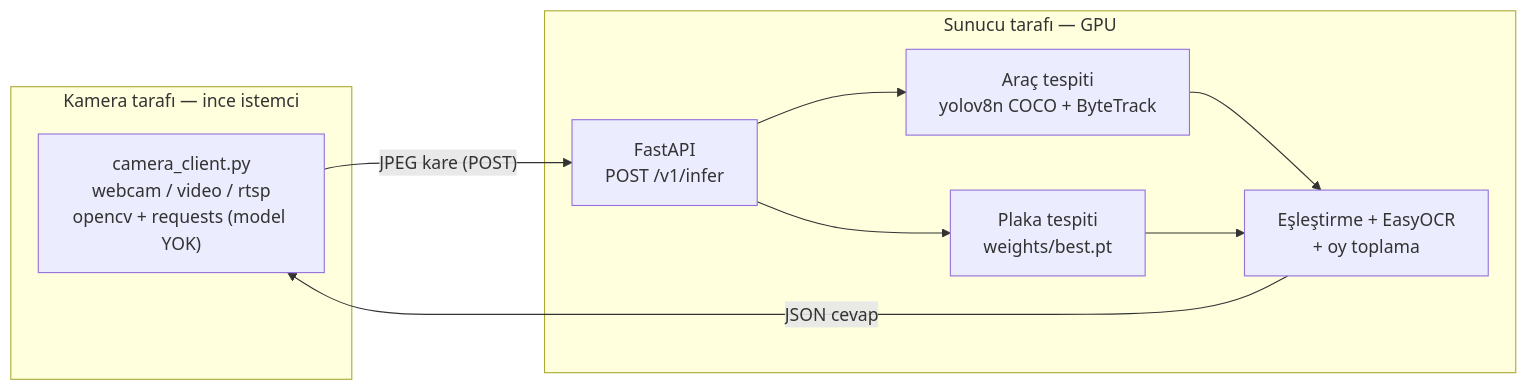
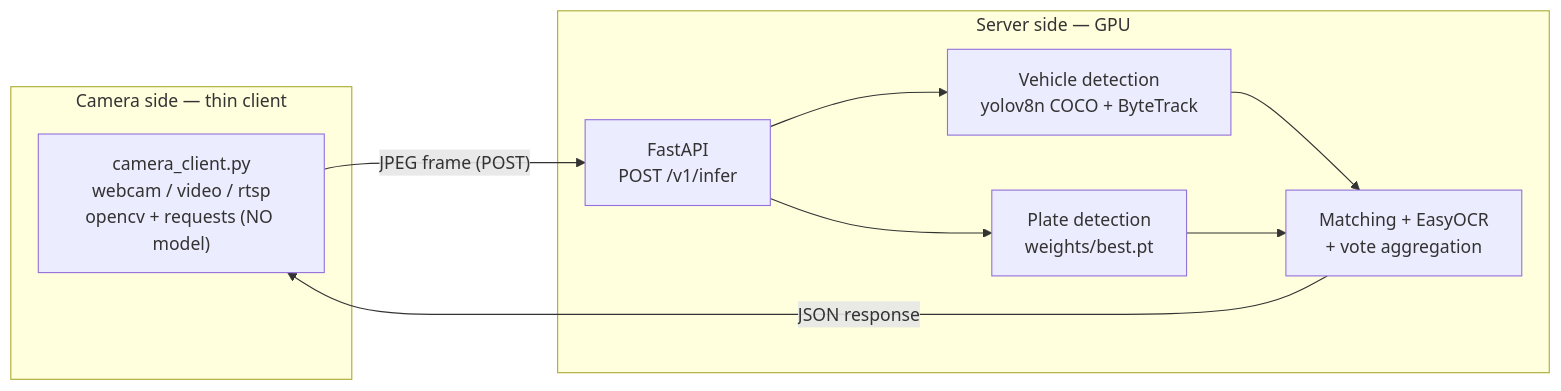
One commit to SMutaf/turkish-plate-reader changed the diagram in README.md. Above: the diagram before and after it, drawn with Mermaid. The commit also changed other lines of this file, not shown here.

````diff
--- a/README.md
+++ b/README.md
@@ -20,18 +20,18 @@
 ```mermaid
 flowchart LR
-    subgraph cam["Kamera tarafı — ince istemci"]
-        C["camera_client.py<br/>webcam / video / rtsp<br/>opencv + requests (model YOK)"]
+    subgraph cam["Camera side — thin client"]
+        C["camera_client.py<br/>webcam / video / rtsp<br/>opencv + requests (NO model)"]
     end
-    subgraph srv["Sunucu tarafı — GPU"]
+    subgraph srv["Server side — GPU"]
         A["FastAPI<br/>POST /v1/infer"]
-        V["Araç tespiti<br/>yolov8n COCO + ByteTrack"]
-        P["Plaka tespiti<br/>weights/best.pt"]
-        O["Eşleştirme + EasyOCR<br/>+ oy toplama"]
+        V["Vehicle detection<br/>yolov8n COCO + ByteTrack"]
+        P["Plate detection<br/>weights/best.pt"]
+        O["Matching + EasyOCR<br/>+ vote aggregation"]
     end
-    C -- "JPEG kare (POST)" --> A
+    C -- "JPEG frame (POST)" --> A
     A --> V
     A --> P
     V --> O
     P --> O
-    O -- "JSON cevap" --> C
+    O -- "JSON response" --> C
 ```
````
